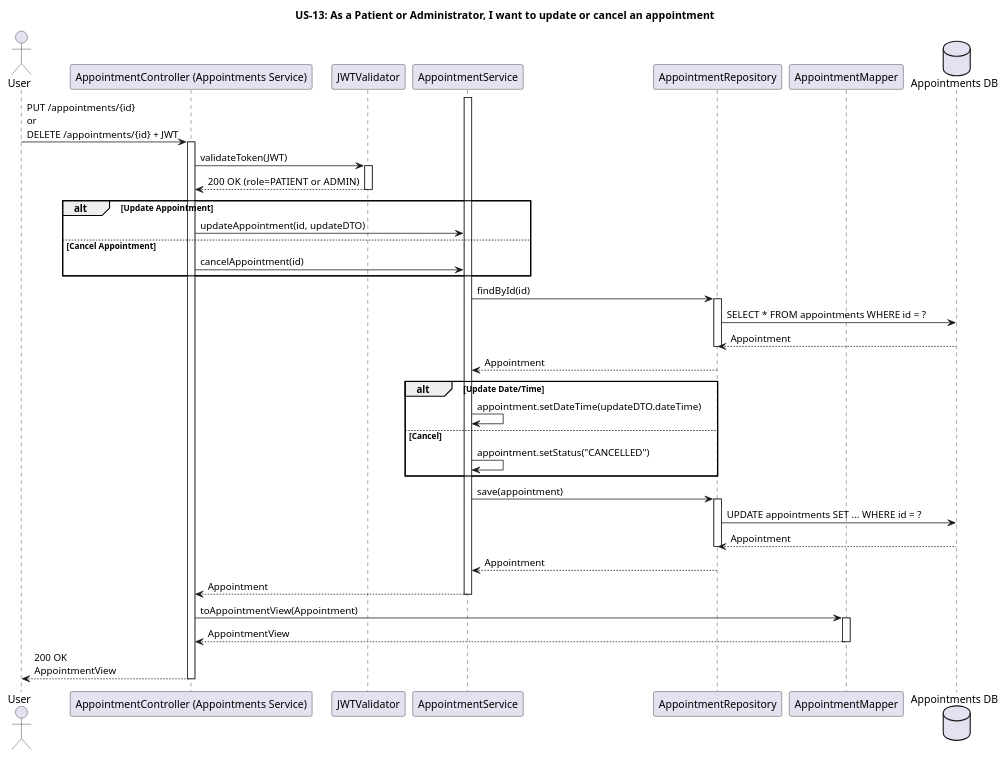
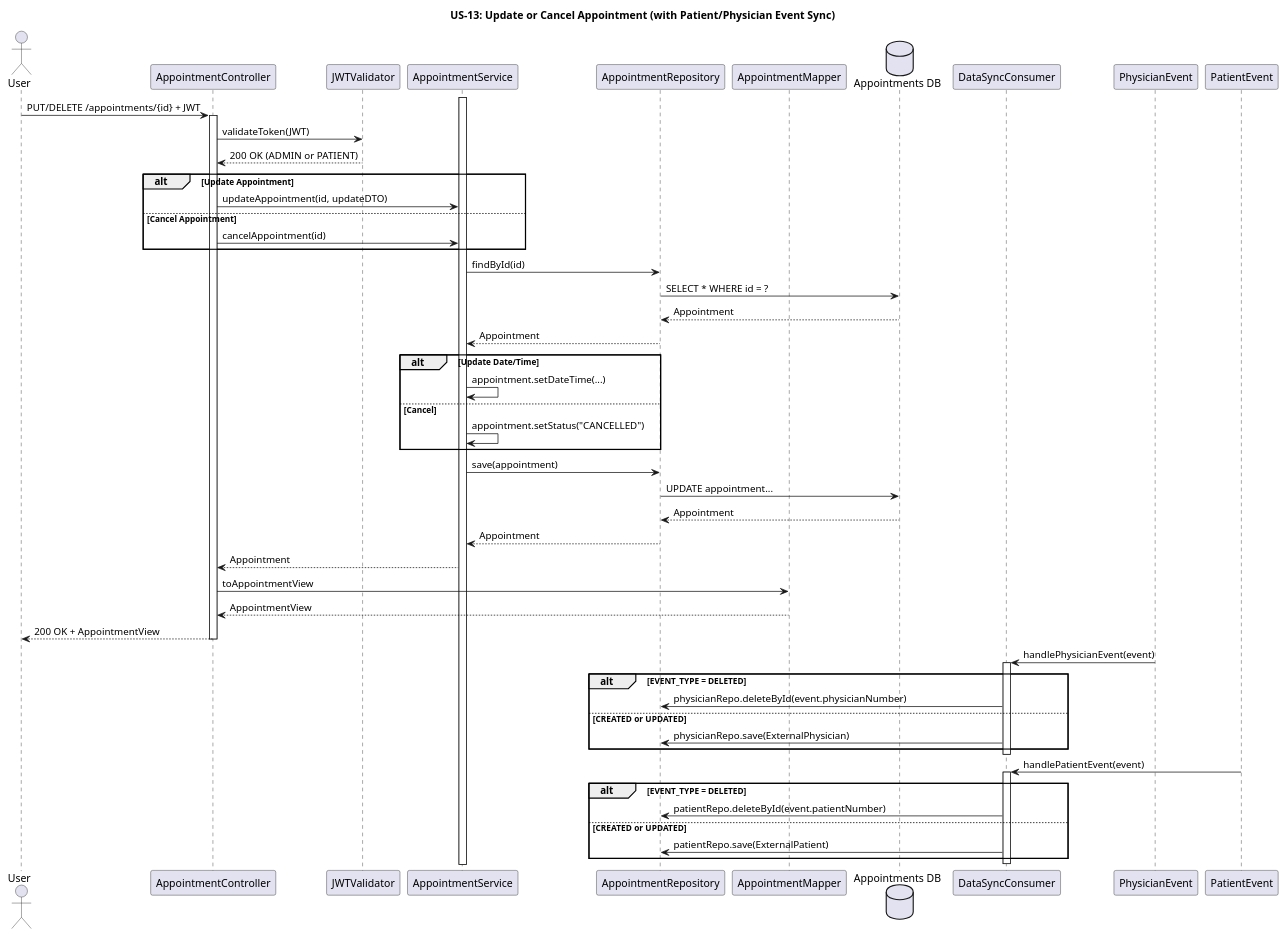
One commit to 1211104/PROJ_SIDIS2025 changed the diagram in docs/iteração2/WP#3A/US-13.puml. Above: the diagram before and after it, drawn with PlantUML. The commit also changed 6 other files, not shown here.

```diff
--- a/docs/iteração2/WP#3A/US-13.puml
+++ b/docs/iteração2/WP#3A/US-13.puml
@@ -1,59 +1,74 @@
 @startuml
-title US-13: As a Patient or Administrator, I want to update or cancel an appointment
+title US-13: Update or Cancel Appointment (with Patient/Physician Event Sync)
 
 actor User
-participant "AppointmentController (Appointments Service)" as Controller
+participant "AppointmentController" as Controller
 participant "JWTValidator" as JWT
 participant "AppointmentService" as Service
 participant "AppointmentRepository" as Repository
 participant "AppointmentMapper" as Mapper
 database "Appointments DB" as AppointmentsDB
 
-User -> Controller : PUT /appointments/{id} \nor\nDELETE /appointments/{id} + JWT
+participant "DataSyncConsumer" as Consumer
+participant "PhysicianEvent" as PhysicianEvent
+participant "PatientEvent" as PatientEvent
+
+User -> Controller : PUT/DELETE /appointments/{id} + JWT
 activate Controller
 
 Controller -> JWT : validateToken(JWT)
-activate JWT
-JWT --> Controller : 200 OK (role=PATIENT or ADMIN)
-deactivate JWT
+JWT --> Controller : 200 OK (ADMIN or PATIENT)
 
 alt Update Appointment
     Controller -> Service : updateAppointment(id, updateDTO)
 else Cancel Appointment
     Controller -> Service : cancelAppointment(id)
 end
 activate Service
 
 Service -> Repository : findById(id)
-activate Repository
-Repository -> AppointmentsDB : SELECT * FROM appointments WHERE id = ?
+Repository -> AppointmentsDB : SELECT * WHERE id = ?
 AppointmentsDB --> Repository : Appointment
-deactivate Repository
-
 Repository --> Service : Appointment
 
 alt Update Date/Time
-    Service -> Service : appointment.setDateTime(updateDTO.dateTime)
+    Service -> Service : appointment.setDateTime(...)
 else Cancel
     Service -> Service : appointment.setStatus("CANCELLED")
 end
 
 Service -> Repository : save(appointment)
-activate Repository
-Repository -> AppointmentsDB : UPDATE appointments SET ... WHERE id = ?
+Repository -> AppointmentsDB : UPDATE appointment...
 AppointmentsDB --> Repository : Appointment
-deactivate Repository
-
 Repository --> Service : Appointment
 Service --> Controller : Appointment
-deactivate Service
 
-Controller -> Mapper : toAppointmentView(Appointment)
-activate Mapper
+Controller -> Mapper : toAppointmentView
 Mapper --> Controller : AppointmentView
-deactivate Mapper
-
-Controller --> User : 200 OK\nAppointmentView
+Controller --> User : 200 OK + AppointmentView
 deactivate Controller
 
+
+PhysicianEvent -> Consumer : handlePhysicianEvent(event)
+activate Consumer
+
+alt EVENT_TYPE = DELETED
+    Consumer -> Repository : physicianRepo.deleteById(event.physicianNumber)
+else CREATED or UPDATED
+    Consumer -> Repository : physicianRepo.save(ExternalPhysician)
+end
+
+deactivate Consumer
+
+PatientEvent -> Consumer : handlePatientEvent(event)
+activate Consumer
+
+alt EVENT_TYPE = DELETED
+    Consumer -> Repository : patientRepo.deleteById(event.patientNumber)
+else CREATED or UPDATED
+    Consumer -> Repository : patientRepo.save(ExternalPatient)
+end
+
+deactivate Consumer
+
 @enduml
```
